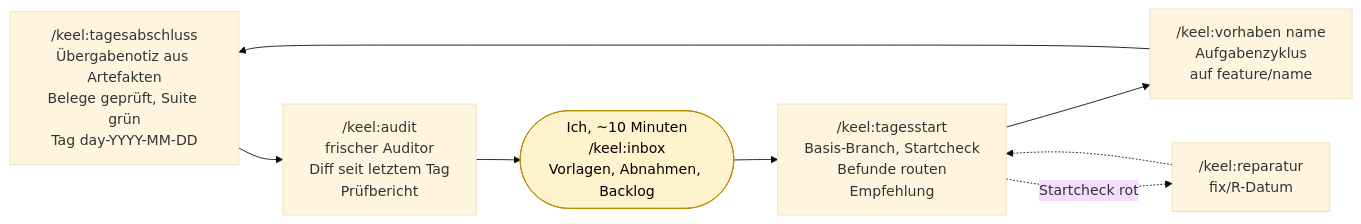
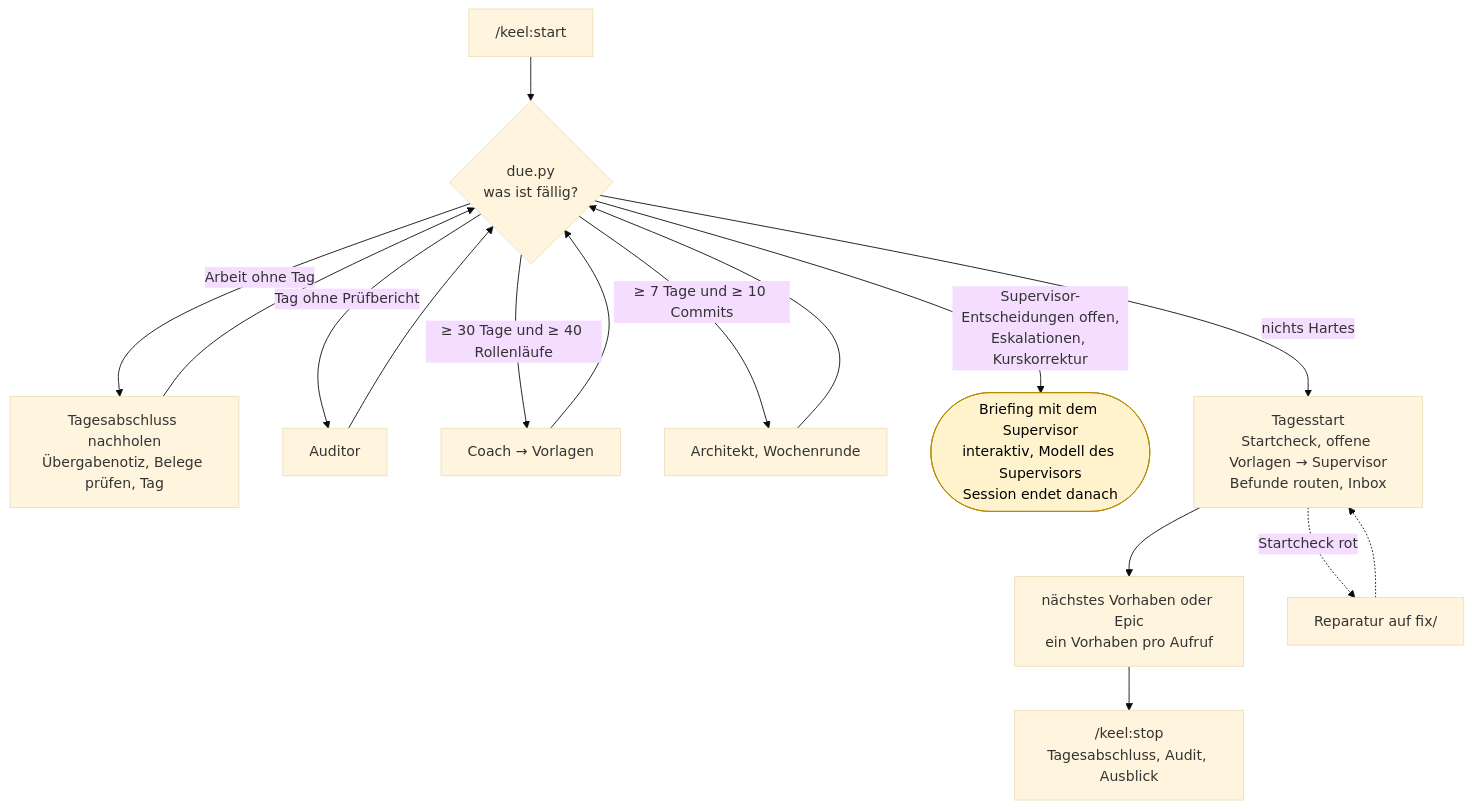
Before and after one commit to xXExceptionXx/keel: the second of 7 diagrams in docs/system.md, drawn with Mermaid (base theme). The commit also changed other lines of this file and 10 other files, not shown here.

First line of the commit message:
Review pass: docs and diagrams for 0.9, dead ends closed

````diff
--- a/docs/system.md
+++ b/docs/system.md
@@ -46,15 +53,20 @@
 ```mermaid
-flowchart LR
-    A["/keel:tagesabschluss<br/>Übergabenotiz aus Artefakten<br/>Belege geprüft, Suite grün<br/>Tag day-YYYY-MM-DD"]
-    B["/keel:audit<br/>frischer Auditor<br/>Diff seit letztem Tag<br/>Prüfbericht"]
-    C(["Ich, ~10 Minuten<br/>/keel:inbox<br/>Vorlagen, Abnahmen, Backlog"])
-    D["/keel:tagesstart<br/>Basis-Branch, Startcheck<br/>Befunde routen<br/>Empfehlung"]
-    E["/keel:vorhaben name<br/>Aufgabenzyklus<br/>auf feature/name"]
-    R["/keel:reparatur<br/>fix/R-Datum"]
-
-    A --> B --> C --> D --> E --> A
-    D -. Startcheck rot .-> R -.-> D
+flowchart TD
+    S["/keel:start"] --> D{"due.py<br/>was ist fällig?"}
+    D -->|Arbeit ohne Tag| TA["Tagesabschluss nachholen<br/>Übergabenotiz, Belege prüfen, Tag"]
+    TA --> D
+    D -->|Tag ohne Prüfbericht| AU["Auditor"]
+    AU --> D
+    D -->|≥ 30 Tage und ≥ 40 Rollenläufe| CO["Coach → Vorlagen"]
+    CO --> D
+    D -->|≥ 7 Tage und ≥ 10 Commits| AR["Architekt, Wochenrunde"]
+    AR --> D
+    D -->|Supervisor-Entscheidungen offen,<br/>Eskalationen, Kurskorrektur| BR(["Briefing mit dem Supervisor<br/>interaktiv, Modell des Supervisors<br/>Session endet danach"])
+    D -->|nichts Hartes| TS["Tagesstart<br/>Startcheck, offene Vorlagen → Supervisor<br/>Befunde routen, Inbox"]
+    TS --> V["nächstes Vorhaben oder Epic<br/>ein Vorhaben pro Aufruf"]
+    V --> E["/keel:stop<br/>Tagesabschluss, Audit, Ausblick"]
+    TS -. Startcheck rot .-> R["Reparatur auf fix/<ID>"] -.-> TS
 
     classDef human fill:#fff3cd,stroke:#b58900,color:#000
-    class C human
+    class BR human
 ```
````
